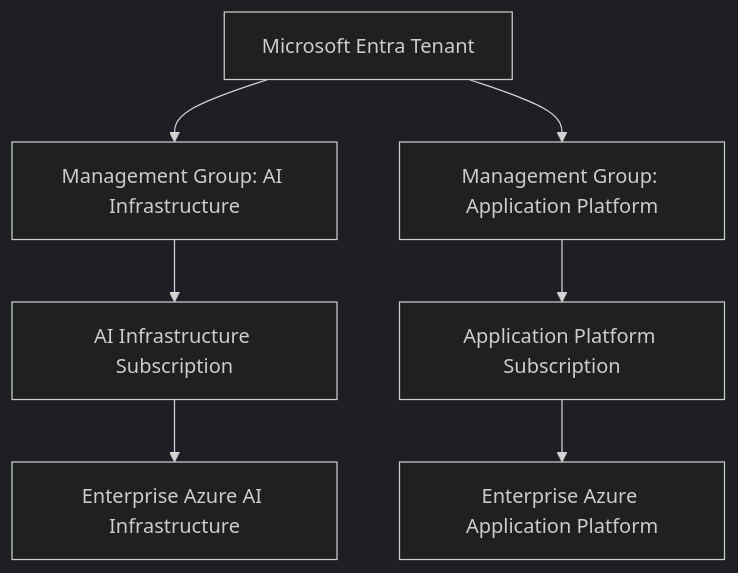
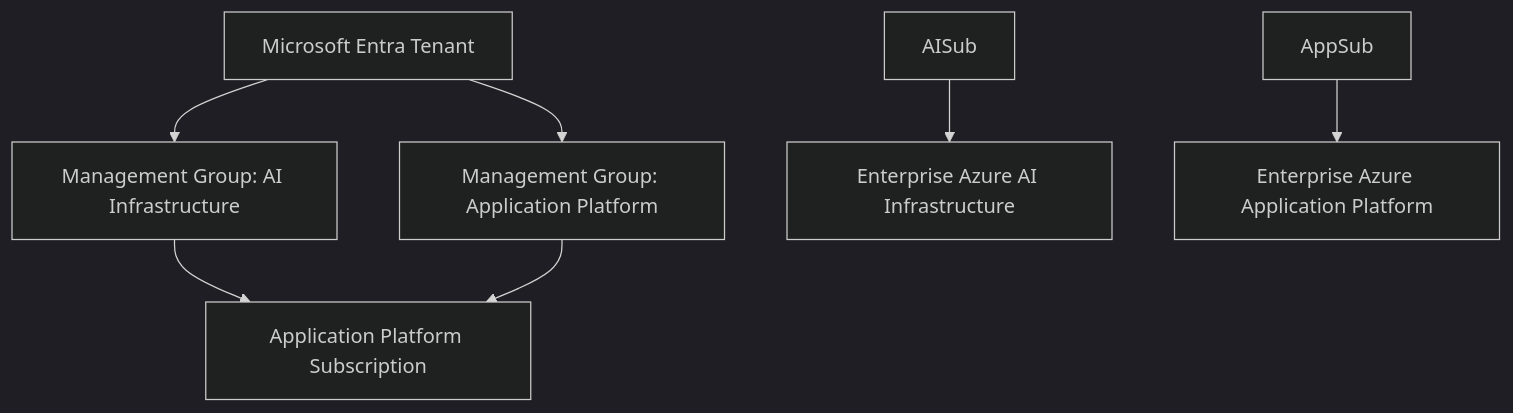
The first of 2 diagrams in README.md (michaeledwards0/enterprise-azure-application-platform), drawn with Mermaid (dark theme) before and after one commit. The commit also changed other lines of this file, not shown here.

````diff
--- a/README.md
+++ b/README.md
@@ -64,13 +63,13 @@
 ```mermaid
 flowchart TB
     Tenant[Microsoft Entra Tenant]
 
     Tenant --> AIGroup[Management Group: AI Infrastructure]
     Tenant --> AppGroup[Management Group: Application Platform]
 
-    AIGroup --> AISub[AI Infrastructure Subscription]
-    AppGroup --> AppSub[Application Platform Subscription]
+    AIGroup --> Sub1[AI Infrastructure Subscription]
+    AppGroup --> Sub1[Application Platform Subscription]
 
     AISub --> AIProject[Enterprise Azure AI Infrastructure]
     AppSub --> AppProject[Enterprise Azure Application Platform]
 ```
````
